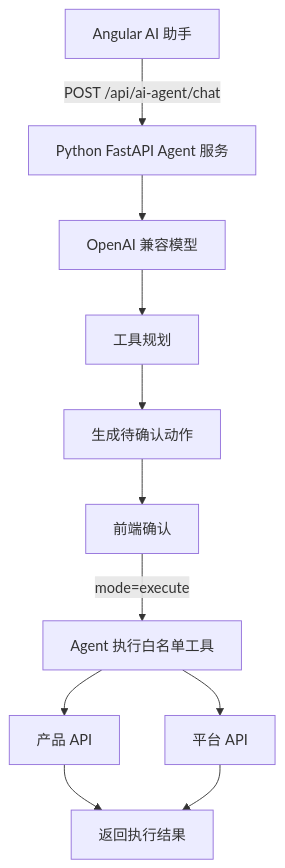
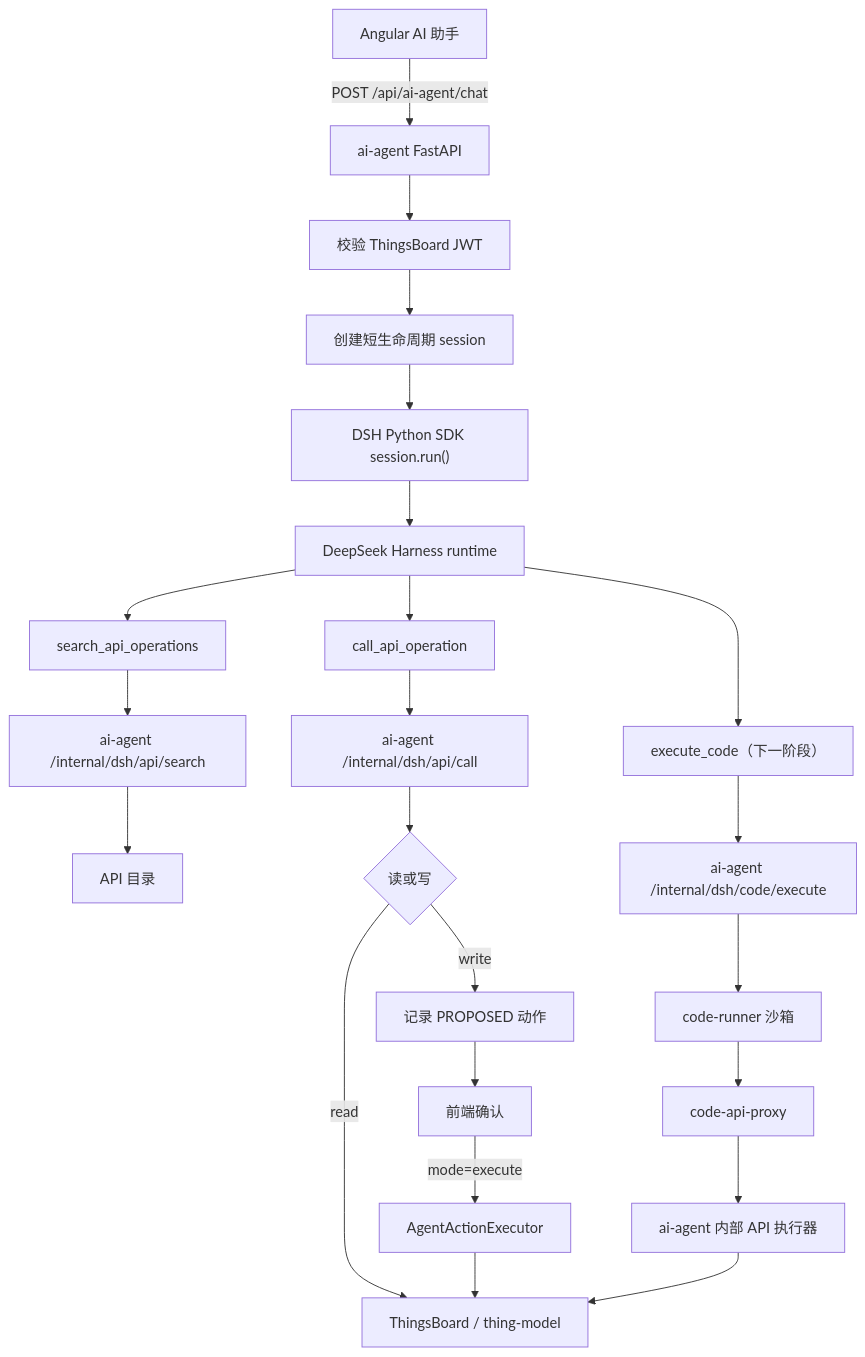
One commit to beancookie/thingsboard changed the first of 3 diagrams in docs/11-AI-Agent对话助手方案.md. Above: the diagram before and after it, drawn with Mermaid. The commit also changed other lines of this file and 115 other files, not shown here.

First line of the commit message:
feat: add DSH agent tooling, media gateway, and consolidate AI Agent docs

````diff
--- a/docs/11-AI-Agent对话助手方案.md
+++ b/docs/11-AI-Agent对话助手方案.md
@@ -26,13 +43,29 @@
 ```mermaid
 flowchart TD
-  A["Angular AI 助手"] -->|"POST /api/ai-agent/chat"| B["Python FastAPI Agent 服务"]
-  B --> C["OpenAI 兼容模型"]
-  C --> D["工具规划"]
-  D --> E["生成待确认动作"]
-  E --> F["前端确认"]
-  F -->|"mode=execute"| G["Agent 执行白名单工具"]
-  G --> H["产品 API"]
-  G --> I["平台 API"]
-  H --> J["返回执行结果"]
-  I --> J
+  A["Angular AI 助手"] -->|"POST /api/ai-agent/chat"| B["ai-agent FastAPI"]
+  B --> C["校验 ThingsBoard JWT"]
+  C --> D["创建短生命周期 session"]
+  D --> E["DSH Python SDK session.run()"]
+  E --> F["DeepSeek Harness runtime"]
+
+  F --> G["search_api_operations"]
+  F --> H["call_api_operation"]
+  F --> Q["execute_code（下一阶段）"]
+
+  G --> I["ai-agent /internal/dsh/api/search"]
+  H --> J["ai-agent /internal/dsh/api/call"]
+  I --> K["API 目录"]
+  J --> L{"读或写"}
+  L -->|"read"| M["ThingsBoard / thing-model"]
+  L -->|"write"| N["记录 PROPOSED 动作"]
+
+  Q --> R["ai-agent /internal/dsh/code/execute"]
+  R --> S["code-runner 沙箱"]
+  S --> T["code-api-proxy"]
+  T --> U["ai-agent 内部 API 执行器"]
+  U --> M
+
+  N --> O["前端确认"]
+  O -->|"mode=execute"| P["AgentActionExecutor"]
+  P --> M
 ```
````
